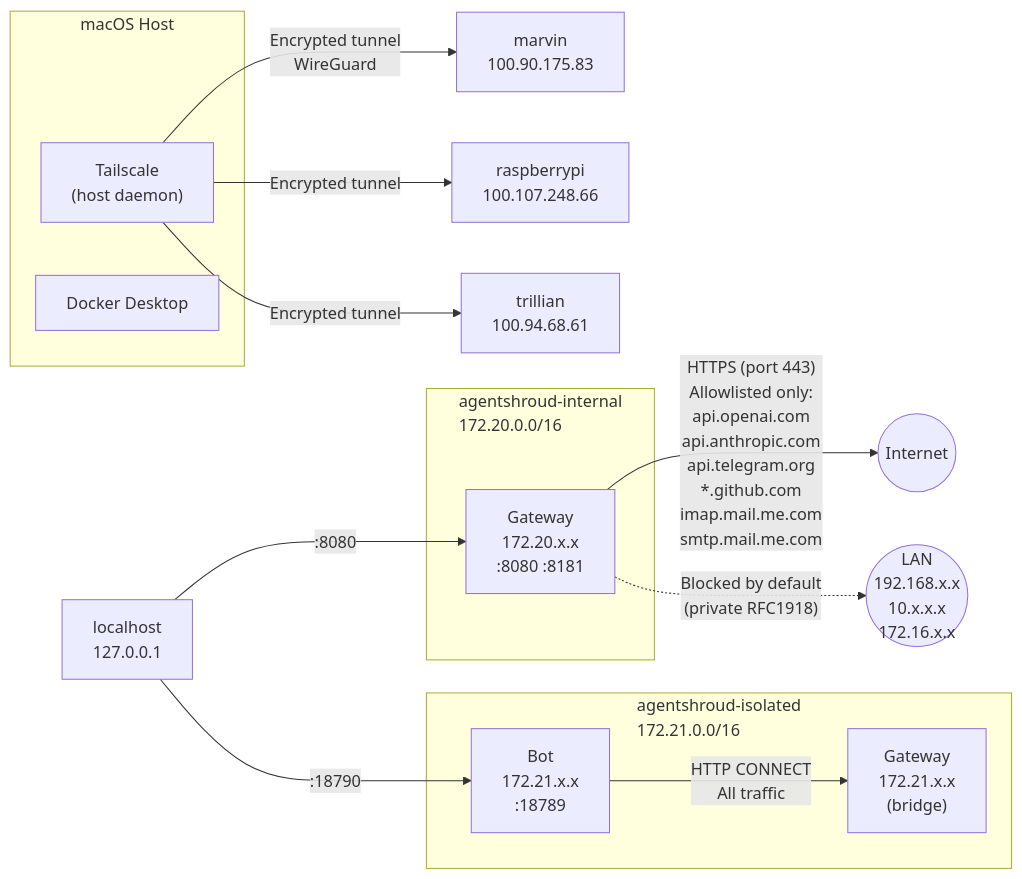
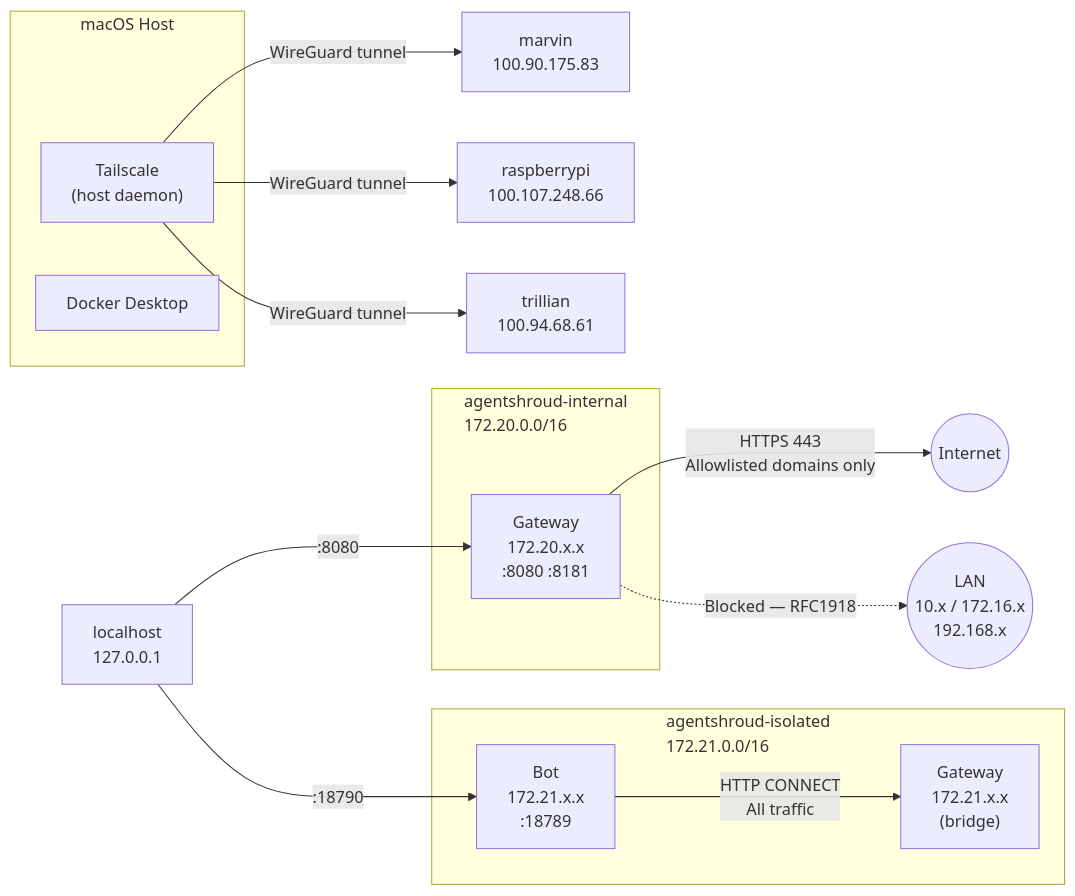
Before and after one commit to idallasjlabs/agentshroud: the second of 3 diagrams in docs/diagrams/02-infrastructure.md, drawn with Mermaid. The commit also changed other lines of this file and 52 other files, not shown here.

First line of the commit message:
docs: polish all 23 diagram sources + re-render with enterprise theme (#45)

````diff
--- a/docs/diagrams/02-infrastructure.md
+++ b/docs/diagrams/02-infrastructure.md
@@ -72,28 +71,28 @@
 ```mermaid
 graph LR
     subgraph Host["macOS Host"]
         TS["Tailscale\n(host daemon)"]
         DOCKER["Docker Desktop"]
     end
 
     subgraph Internal["agentshroud-internal\n172.20.0.0/16"]
         GW_INT["Gateway\n172.20.x.x\n:8080 :8181"]
     end
 
     subgraph Isolated["agentshroud-isolated\n172.21.0.0/16"]
         BOT_ISO["Bot\n172.21.x.x\n:18789"]
         GW_ISO["Gateway\n172.21.x.x\n(bridge)"]
     end
 
     LOCALHOST["localhost\n127.0.0.1"] -->|":8080"| GW_INT
     LOCALHOST -->|":18790"| BOT_ISO
 
     BOT_ISO -->|"HTTP CONNECT\nAll traffic"| GW_ISO
-    GW_INT -->|"HTTPS (port 443)\nAllowlisted only:\napi.openai.com\napi.anthropic.com\napi.telegram.org\n*.github.com\nimap.mail.me.com\nsmtp.mail.me.com"| Internet(("Internet"))
+    GW_INT -->|"HTTPS 443\nAllowlisted domains only"| Internet(("Internet"))
 
-    GW_INT -.->|"Blocked by default\n(private RFC1918)"| LAN(("LAN\n192.168.x.x\n10.x.x.x\n172.16.x.x"))
+    GW_INT -.->|"Blocked — RFC1918"| LAN(("LAN\n10.x / 172.16.x\n192.168.x"))
 
-    TS -->|"Encrypted tunnel\nWireGuard"| MARVIN["marvin\n100.90.175.83"]
-    TS -->|"Encrypted tunnel"| PI["raspberrypi\n100.107.248.66"]
-    TS -->|"Encrypted tunnel"| TRILLIAN["trillian\n100.94.68.61"]
+    TS -->|"WireGuard tunnel"| MARVIN["marvin\n100.90.175.83"]
+    TS -->|"WireGuard tunnel"| PI["raspberrypi\n100.107.248.66"]
+    TS -->|"WireGuard tunnel"| TRILLIAN["trillian\n100.94.68.61"]
 ```
````
